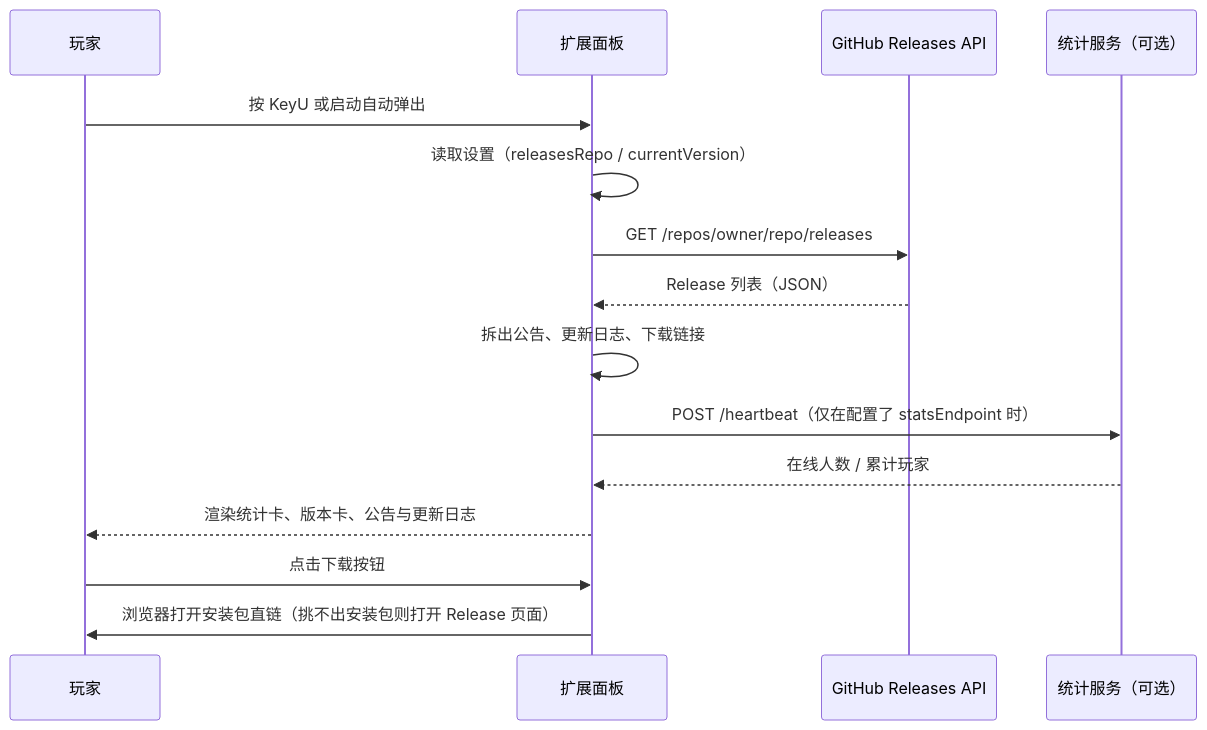
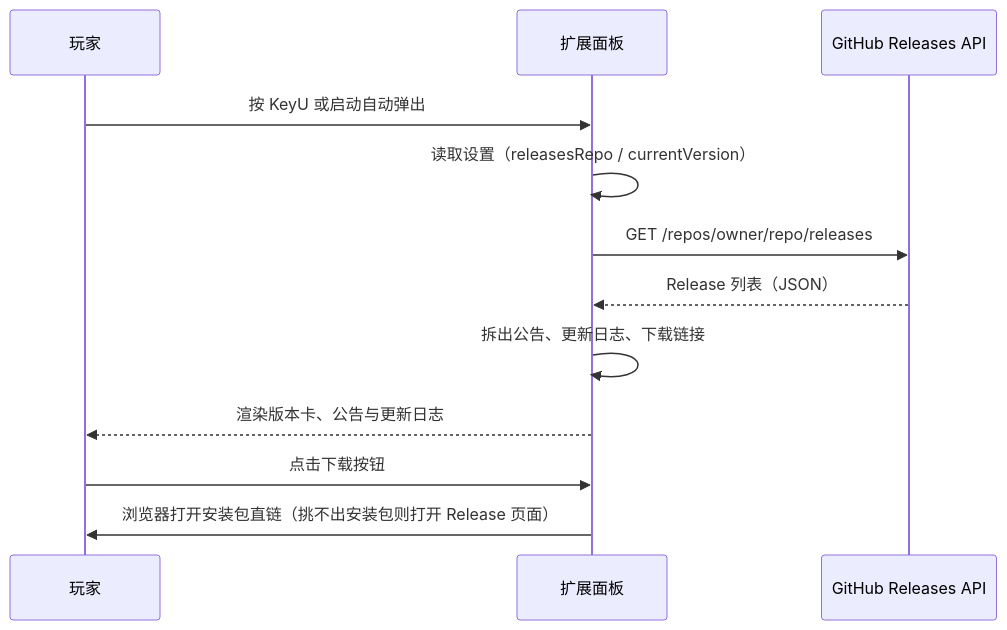
The third of 3 diagrams in README.md (Structuretxwd/LetsGal-Studio-Extension), drawn with Mermaid before and after one commit. The commit also changed other lines of this file and 9 other files, not shown here.

````diff
--- a/README.md
+++ b/README.md
@@ -105,18 +102,15 @@
 ```mermaid
 sequenceDiagram
     participant P as 玩家
     participant E as 扩展面板
     participant G as GitHub Releases API
-    participant S as 统计服务（可选）
 
     P->>E: 按 KeyU 或启动自动弹出
     E->>E: 读取设置（releasesRepo / currentVersion）
     E->>G: GET /repos/owner/repo/releases
     G-->>E: Release 列表（JSON）
     E->>E: 拆出公告、更新日志、下载链接
-    E->>S: POST /heartbeat（仅在配置了 statsEndpoint 时）
-    S-->>E: 在线人数 / 累计玩家
-    E-->>P: 渲染统计卡、版本卡、公告与更新日志
+    E-->>P: 渲染版本卡、公告与更新日志
     P->>E: 点击下载按钮
     E->>P: 浏览器打开安装包直链（挑不出安装包则打开 Release 页面）
 ```
````
